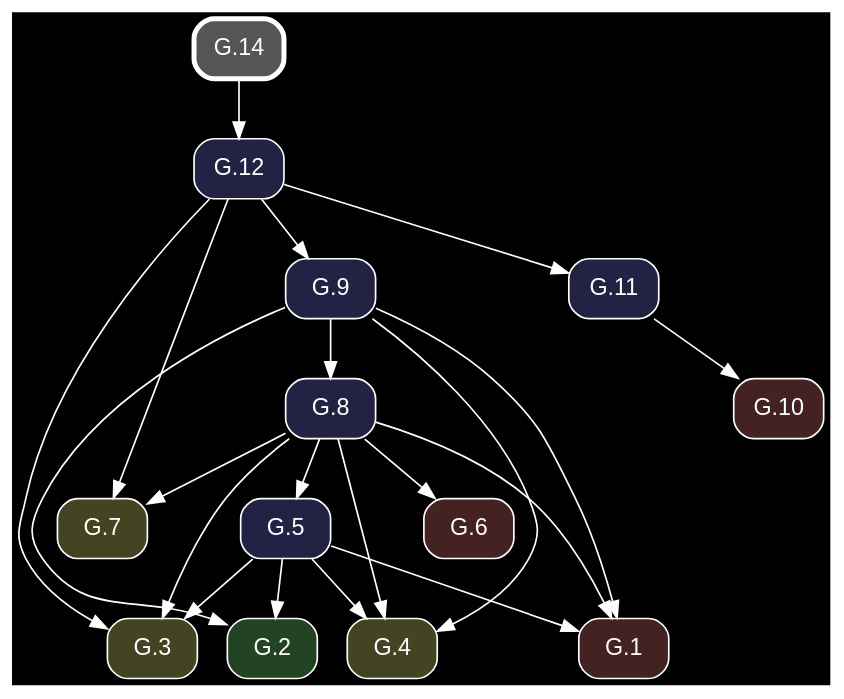
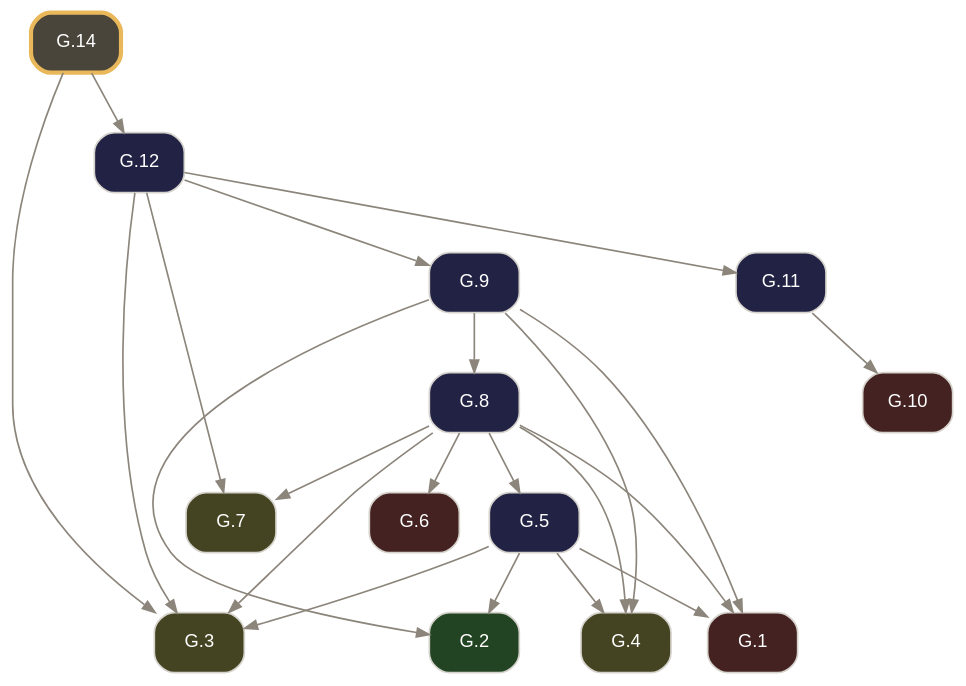
One commit to geometor/elements changed the diagram in docsrc/elements2/G.14/index.rst. Above: the diagram before and after it, drawn with Graphviz. The commit also changed other lines of this file and 261 other files, not shown here.

Commit message:
feat: rebuild Elements 2.0 G-Index pipeline from composed Euclid Heath edition (v0.3.0)

```diff
--- a/docsrc/elements2/G.14/index.rst
+++ b/docsrc/elements2/G.14/index.rst
@@ -100,41 +66,42 @@
 .. graphviz::
 
    digraph {
-     bgcolor="black";
-     node [shape=box, style="rounded,filled", fontname="Helvetica", color="white", fontcolor="white"];
-     edge [color="white", fontcolor="white"];
+     bgcolor="transparent";
+     node [shape=box, style="rounded,filled", fontname="Helvetica", fontsize=11, color="#d6d3cd", fontcolor="#ffffff"];
+     edge [color="#8c857b", fontcolor="#8c857b", arrowsize=0.75];
      rankdir="TB";
-     "G.12" [label="G.12", fillcolor="#222244", URL="/elements2/G.12/", target="_top"];
-     "G.6" [label="G.6", fillcolor="#442222", URL="/elements2/G.6/", target="_top"];
-     "G.14" [label="G.14", penwidth=3, color="white", fillcolor="#555555", URL="/elements2/G.14/", target="_top"];
-     "G.8" [label="G.8", fillcolor="#222244", URL="/elements2/G.8/", target="_top"];
-     "G.9" [label="G.9", fillcolor="#222244", URL="/elements2/G.9/", target="_top"];
-     "G.7" [label="G.7", fillcolor="#444422", URL="/elements2/G.7/", target="_top"];
-     "G.10" [label="G.10", fillcolor="#442222", URL="/elements2/G.10/", target="_top"];
-     "G.3" [label="G.3", fillcolor="#444422", URL="/elements2/G.3/", target="_top"];
-     "G.11" [label="G.11", fillcolor="#222244", URL="/elements2/G.11/", target="_top"];
-     "G.5" [label="G.5", fillcolor="#222244", URL="/elements2/G.5/", target="_top"];
-     "G.4" [label="G.4", fillcolor="#444422", URL="/elements2/G.4/", target="_top"];
-     "G.1" [label="G.1", fillcolor="#442222", URL="/elements2/G.1/", target="_top"];
-     "G.2" [label="G.2", fillcolor="#224422", URL="/elements2/G.2/", target="_top"];
-     "G.14" -> "G.12";
-     "G.8" -> "G.6";
-     "G.9" -> "G.8";
-     "G.12" -> "G.9";
-     "G.8" -> "G.7";
-     "G.12" -> "G.7";
-     "G.11" -> "G.10";
-     "G.5" -> "G.3";
-     "G.8" -> "G.3";
-     "G.12" -> "G.3";
-     "G.12" -> "G.11";
-     "G.8" -> "G.5";
-     "G.5" -> "G.4";
-     "G.8" -> "G.4";
-     "G.9" -> "G.4";
+     "G.1" [label="G.1", tooltip="G.1 (I.cn.1)", fillcolor="#442222", URL="../G.1/index.html", target="_top"];
+     "G.2" [label="G.2", tooltip="G.2 (I.def.15)", fillcolor="#224422", URL="../G.2/index.html", target="_top"];
+     "G.3" [label="G.3", tooltip="G.3 (I.post.1)", fillcolor="#444422", URL="../G.3/index.html", target="_top"];
+     "G.4" [label="G.4", tooltip="G.4 (I.post.3)", fillcolor="#444422", URL="../G.4/index.html", target="_top"];
+     "G.5" [label="G.5", tooltip="G.5 (I.1)", fillcolor="#222244", URL="../G.5/index.html", target="_top"];
+     "G.6" [label="G.6", tooltip="G.6 (I.cn.3)", fillcolor="#442222", URL="../G.6/index.html", target="_top"];
+     "G.7" [label="G.7", tooltip="G.7 (I.post.2)", fillcolor="#444422", URL="../G.7/index.html", target="_top"];
+     "G.8" [label="G.8", tooltip="G.8 (I.2)", fillcolor="#222244", URL="../G.8/index.html", target="_top"];
+     "G.9" [label="G.9", tooltip="G.9 (I.3)", fillcolor="#222244", URL="../G.9/index.html", target="_top"];
+     "G.10" [label="G.10", tooltip="G.10 (I.cn.4)", fillcolor="#442222", URL="../G.10/index.html", target="_top"];
+     "G.11" [label="G.11", tooltip="G.11 (I.4)", fillcolor="#222244", URL="../G.11/index.html", target="_top"];
+     "G.12" [label="G.12", tooltip="G.12 (I.5)", fillcolor="#222244", URL="../G.12/index.html", target="_top"];
+     "G.14" [label="G.14", tooltip="G.14 (I.7)", penwidth=2.5, color="#e8b85a", fillcolor="#4a453b", URL="index.html", target="_top"];
      "G.5" -> "G.1";
      "G.8" -> "G.1";
      "G.9" -> "G.1";
      "G.5" -> "G.2";
      "G.9" -> "G.2";
+     "G.5" -> "G.3";
+     "G.8" -> "G.3";
+     "G.12" -> "G.3";
+     "G.14" -> "G.3";
+     "G.5" -> "G.4";
+     "G.8" -> "G.4";
+     "G.9" -> "G.4";
+     "G.8" -> "G.5";
+     "G.8" -> "G.6";
+     "G.8" -> "G.7";
+     "G.12" -> "G.7";
+     "G.9" -> "G.8";
+     "G.12" -> "G.9";
+     "G.11" -> "G.10";
+     "G.12" -> "G.11";
+     "G.14" -> "G.12";
    }
```
